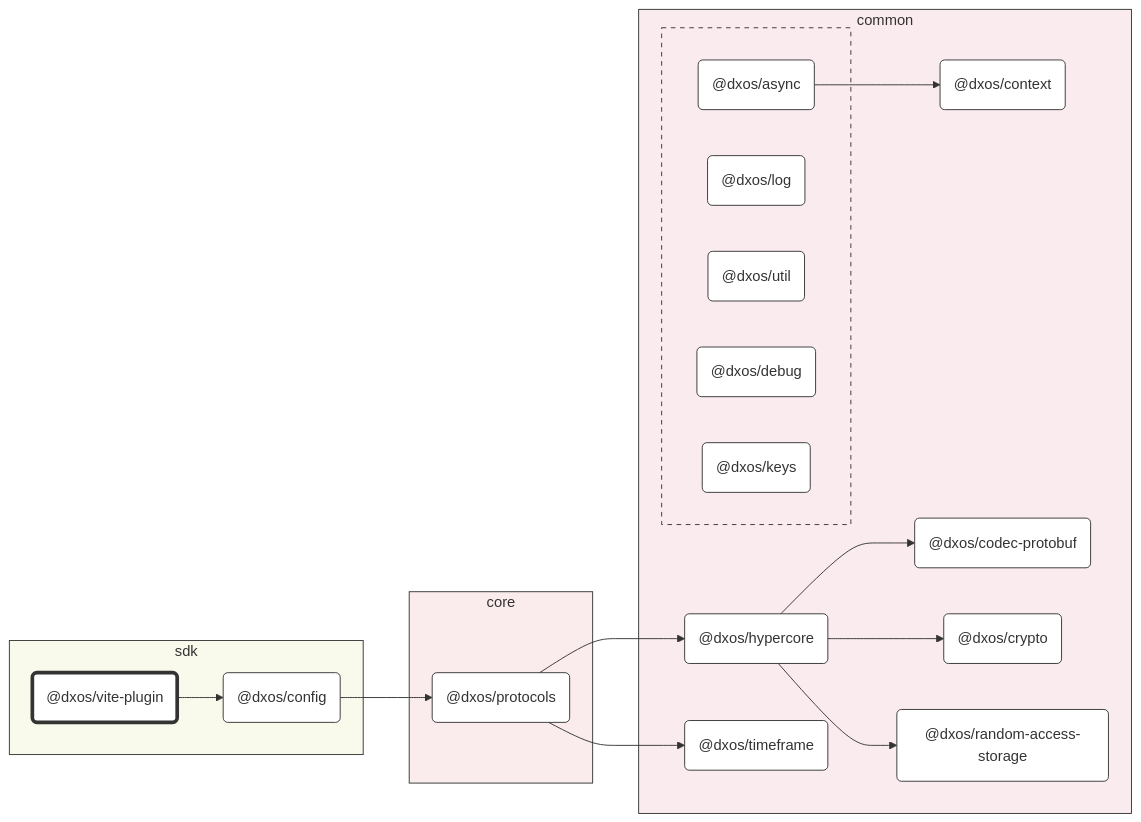
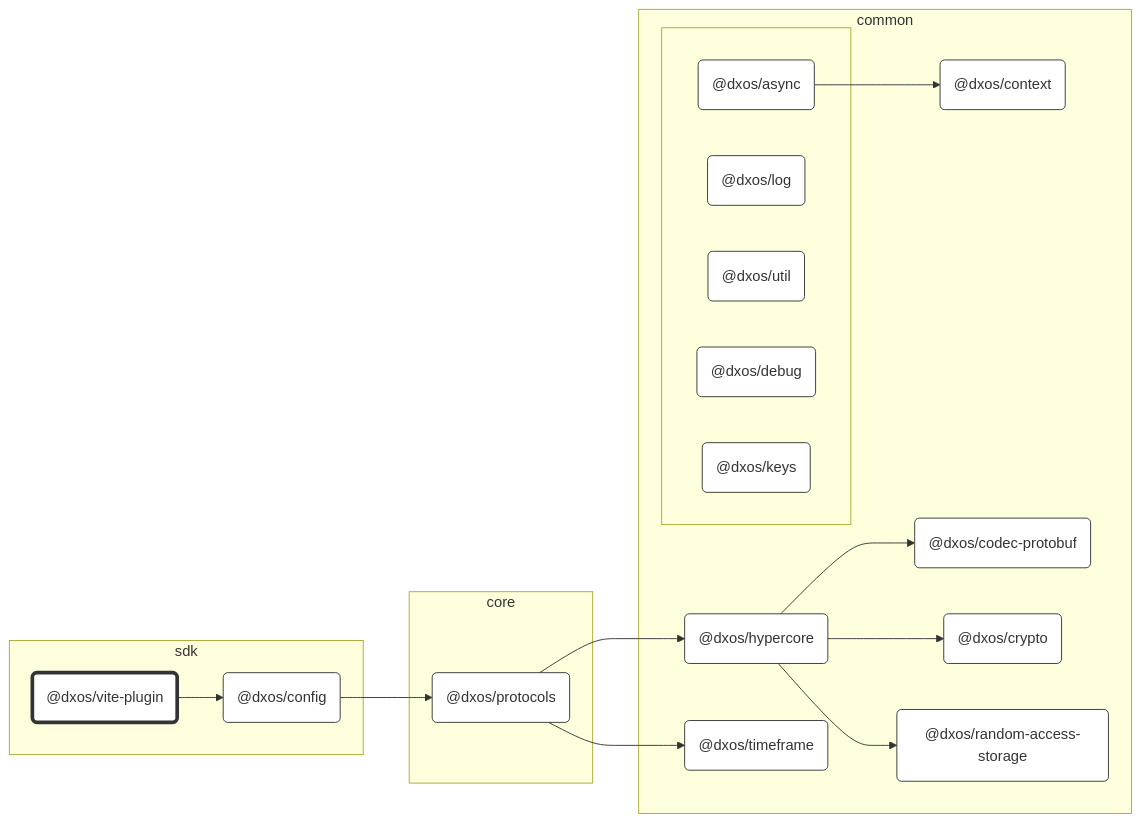
One commit to dxos/dxos changed the diagram in packages/sdk/vite-plugin/docs/README.md. Above: the diagram before and after it, drawn with Mermaid. The commit also changed 80 other files, not shown here.

````diff
--- a/packages/sdk/vite-plugin/docs/README.md
+++ b/packages/sdk/vite-plugin/docs/README.md
@@ -7,66 +7,62 @@
 ```mermaid
 %%{ init: {'flowchart':{'curve':'basis'}} }%%
 
 flowchart LR
 
 %% Classes
 classDef def fill:#fff,stroke:#333,stroke-width:1px
 classDef root fill:#fff,stroke:#333,stroke-width:4px
 
 %% Nodes
 
 subgraph sdk [sdk]
-  style sdk fill:#f9faeb,stroke:#333
   dxos/vite-plugin("@dxos/vite-plugin"):::root
   click dxos/vite-plugin "dxos/dxos/tree/main/packages/sdk/vite-plugin/docs"
   dxos/config("@dxos/config"):::def
   click dxos/config "dxos/dxos/tree/main/packages/sdk/config/docs"
 end
 
 subgraph common [common]
-  style common fill:#faebee,stroke:#333
   dxos/codec-protobuf("@dxos/codec-protobuf"):::def
   click dxos/codec-protobuf "dxos/dxos/tree/main/packages/common/codec-protobuf/docs"
   dxos/context("@dxos/context"):::def
   click dxos/context "dxos/dxos/tree/main/packages/common/context/docs"
   dxos/hypercore("@dxos/hypercore"):::def
   click dxos/hypercore "dxos/dxos/tree/main/packages/common/hypercore/docs"
   dxos/crypto("@dxos/crypto"):::def
   click dxos/crypto "dxos/dxos/tree/main/packages/common/crypto/docs"
   dxos/random-access-storage("@dxos/random-access-storage"):::def
   click dxos/random-access-storage "dxos/dxos/tree/main/packages/common/random-access-storage/docs"
   dxos/timeframe("@dxos/timeframe"):::def
   click dxos/timeframe "dxos/dxos/tree/main/packages/common/timeframe/docs"
 
   subgraph _ [ ]
-    style _ fill:#faebee,stroke:#333,stroke-dasharray:5 5
     dxos/async("@dxos/async"):::def
     click dxos/async "dxos/dxos/tree/main/packages/common/async/docs"
     dxos/log("@dxos/log"):::def
     click dxos/log "dxos/dxos/tree/main/packages/common/log/docs"
     dxos/util("@dxos/util"):::def
     click dxos/util "dxos/dxos/tree/main/packages/common/util/docs"
     dxos/debug("@dxos/debug"):::def
     click dxos/debug "dxos/dxos/tree/main/packages/common/debug/docs"
     dxos/keys("@dxos/keys"):::def
     click dxos/keys "dxos/dxos/tree/main/packages/common/keys/docs"
   end
 end
 
 subgraph core [core]
-  style core fill:#faebec,stroke:#333
   dxos/protocols("@dxos/protocols"):::def
   click dxos/protocols "dxos/dxos/tree/main/packages/core/protocols/docs"
 end
 
 %% Links
 linkStyle default stroke:#333,stroke-width:1px
 dxos/vite-plugin --> dxos/config
 dxos/async --> dxos/context
 dxos/config --> dxos/protocols
 dxos/protocols --> dxos/hypercore
 dxos/hypercore --> dxos/codec-protobuf
 dxos/hypercore --> dxos/crypto
 dxos/hypercore --> dxos/random-access-storage
 dxos/protocols --> dxos/timeframe
 ```
````
